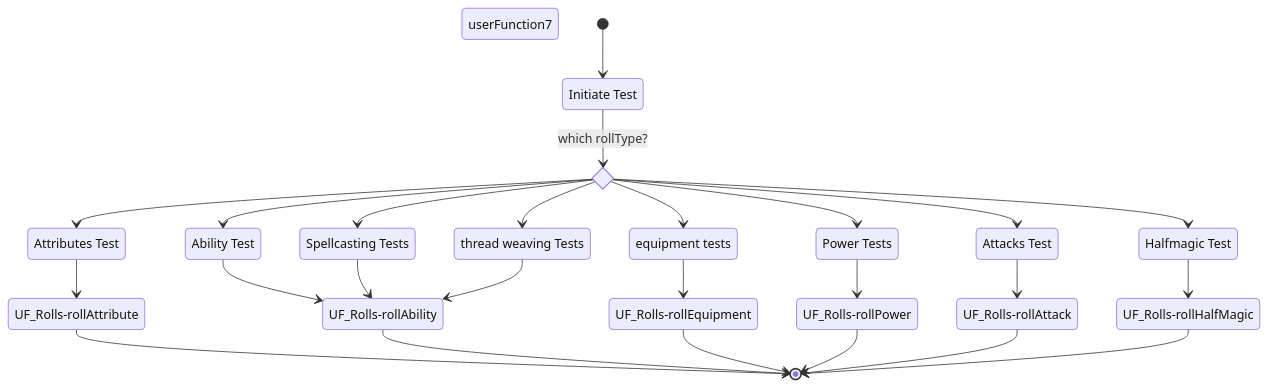
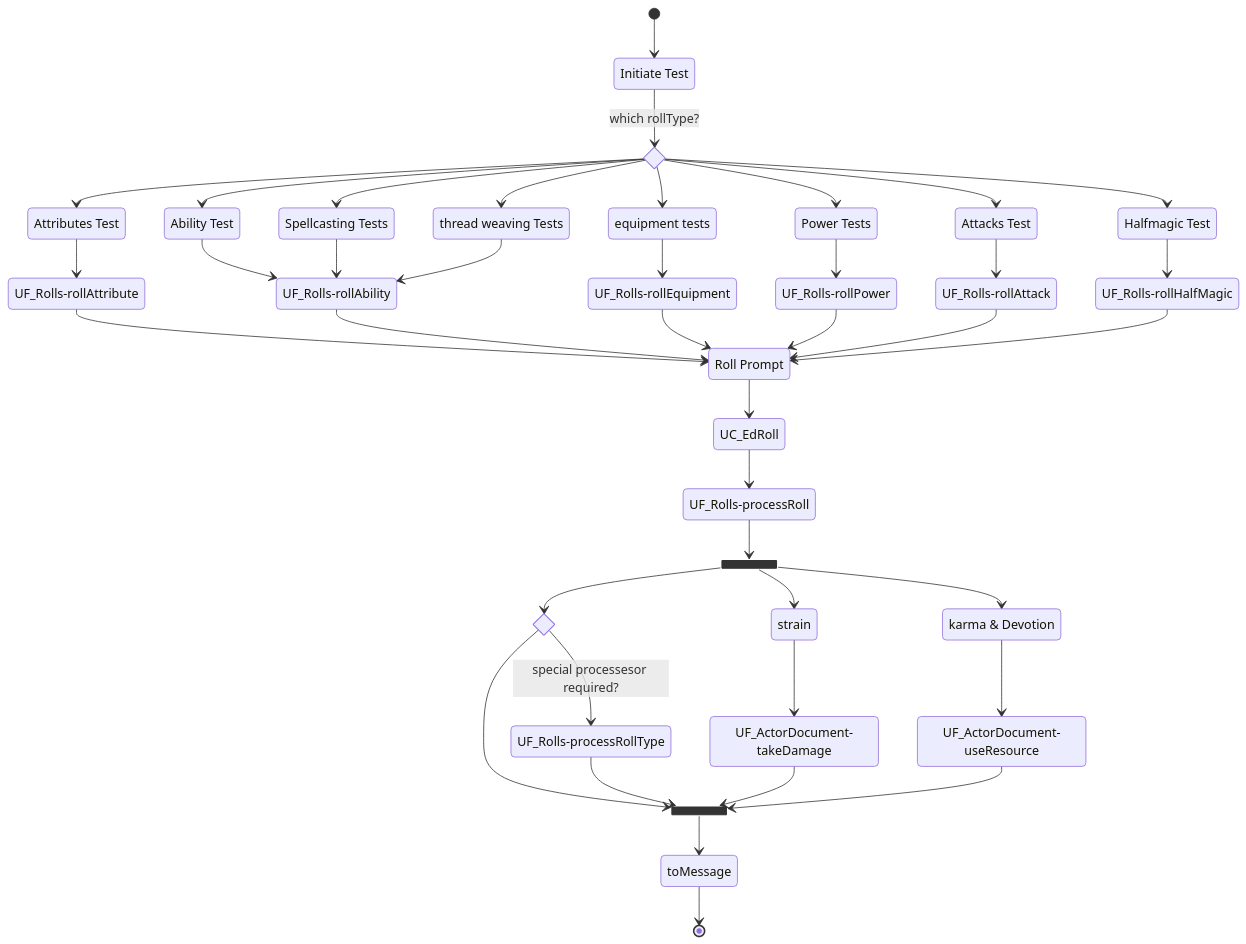
The diagram in documentation/Use Cases/UC_Rolls-actionTests.md (patrickmohrmann/earthdawn4eV2), drawn with Mermaid before and after one commit.

````diff
--- a/documentation/Use Cases/UC_Rolls-actionTests.md
+++ b/documentation/Use Cases/UC_Rolls-actionTests.md
@@ -27,6 +27,7 @@
     classDef userFunction font-style:italic,font-weight:bold,fill:lightblue
     classDef userFunctionReturn font-style:italic,font-weight:bold,fill:aqua
     classDef dialog font-style:italic,font-weight:bold,fill:orange
+    classDef subUseCase font-style:italic,font-weight:bold,fill:violet
 
     ###################### status #######################
 
@@ -39,6 +40,19 @@
     userFunction5: UF_Rolls-rollAttack
     userFunction6: UF_Rolls-rollHalfMagic
 
+    userFunction7: UF_Rolls-processRoll
+
+    userFunction8: UF_Rolls-processRollType
+
+    foundryCore1: toMessage
+
+    userFunction10: UF_ActorDocument-takeDamage
+    userFunction11: UF_ActorDocument-useResource
+
+    subUseCase1: UC_EdRoll
+
+    dialog1: Roll Prompt
+
     state1: Ability Test
     state2: Spellcasting Tests
     state3: thread weaving Tests
@@ -48,9 +62,17 @@
     state7: equipment tests
     state8: Power Tests
 
+    state9: strain
+    state10: karma & Devotion
+
     ####################### Decisions #######################
 
     state DECISION1 <<choice>>
+    state DECISION2 <<choice>>
+
+    state fork_state1 <<fork>>
+
+    state join_state1 <<join>>
 
     ######################## Colorations ######################
 
@@ -63,7 +85,16 @@
     userFunction5:::userFunction
     userFunction6:::userFunction
     userFunction7:::userFunction
+    userFunction8:::userFunction
 
+    userFunction10:::userFunction
+    userFunction11:::userFunction
+
+    subUseCase1:::subUseCase
+
+    dialog1:::dialog
+
+    foundryCore1:::foundryCore
 
     ##################### StateDiagram ########################
 
@@ -92,10 +123,34 @@
 
     state7 --> userFunction3
 
-    userFunction1 --> [*]
-    userFunction2 --> [*]   
-    userFunction3 --> [*]
-    userFunction4 --> [*]
-    userFunction5 --> [*]
-    userFunction6 --> [*]
+    userFunction1 --> dialog1
+    userFunction2 --> dialog1 
+    userFunction3 --> dialog1
+    userFunction4 --> dialog1
+    userFunction5 --> dialog1
+    userFunction6 --> dialog1
+
+    dialog1 --> subUseCase1
+    subUseCase1 --> userFunction7
+
+    userFunction7 --> fork_state1
+
+    fork_state1 --> DECISION2
+
+    fork_state1 --> state9
+    fork_state1 --> state10
+
+    state9 --> userFunction10
+    state10 --> userFunction11
+
+    DECISION2 --> userFunction8: special processesor required?
+    DECISION2 --> join_state1
+    userFunction8 --> join_state1
+
+
+    userFunction10 --> join_state1
+    userFunction11 --> join_state1
+
+    join_state1 --> foundryCore1
+    foundryCore1 --> [*]
 ```
````
